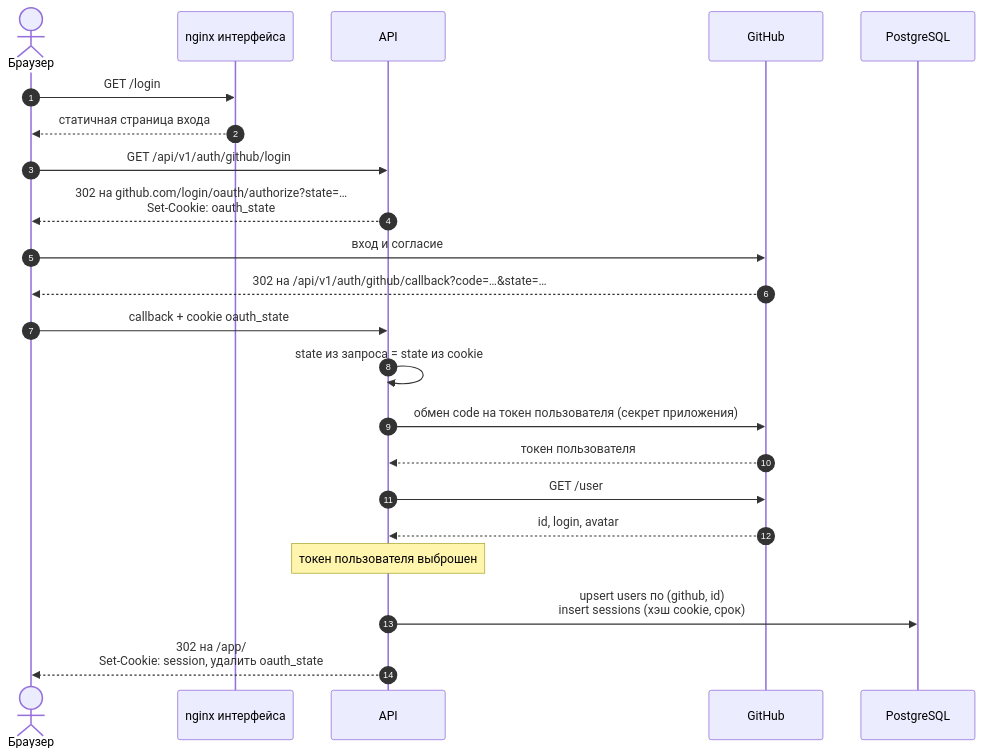
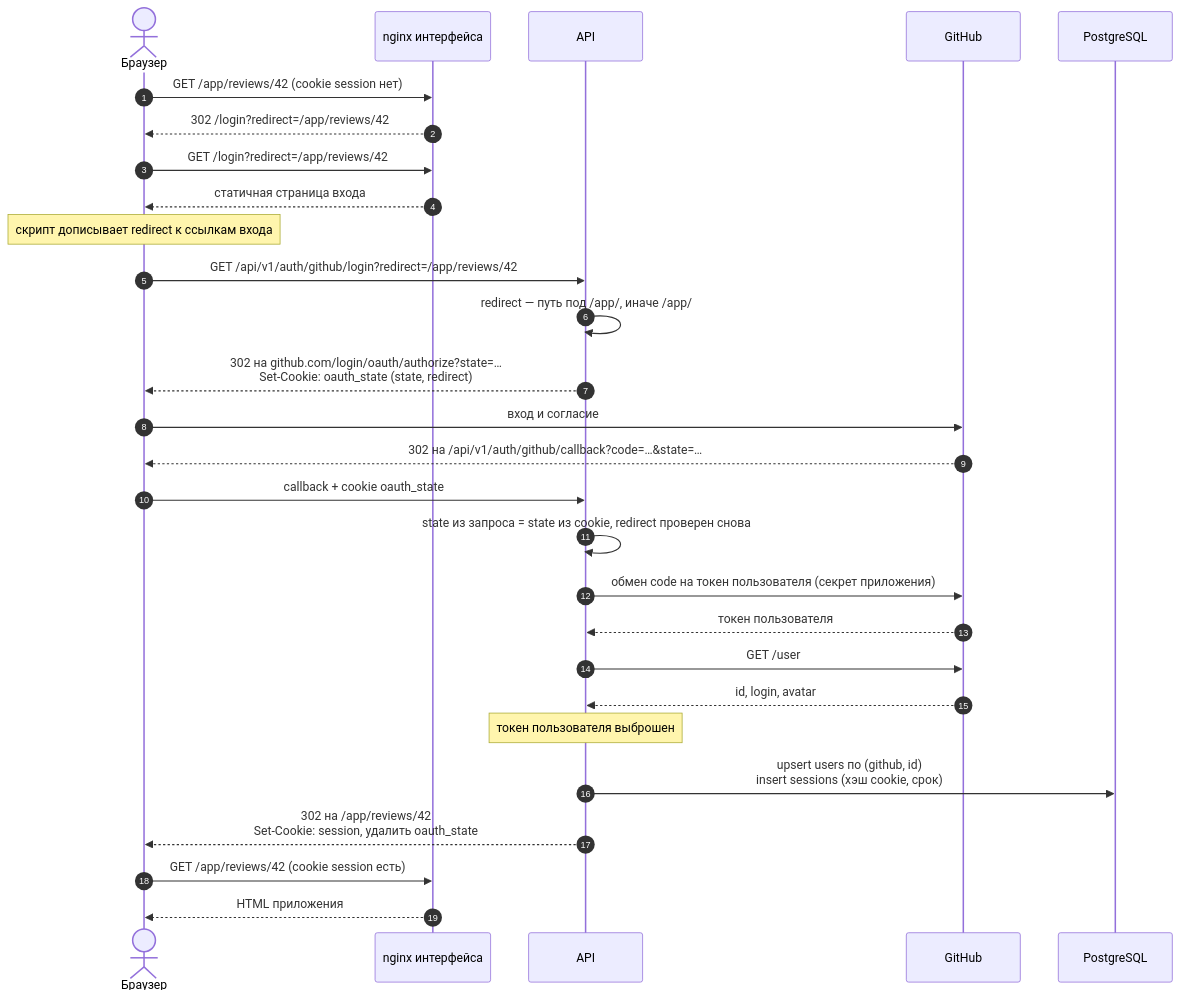
One commit to larchanka-training/dmc-268-api-t1 changed the first of 2 diagrams in openspec/changes/auth-session/design.md. Above: the diagram before and after it, drawn with Mermaid. The commit also changed other lines of this file and 2 other files, not shown here.

Commit message:
docs: auth-session — redirect после входа, логи, провайдеры, Secure по HTTP, недостающие документы и стенд в задачах

````diff
--- a/openspec/changes/auth-session/design.md
+++ b/openspec/changes/auth-session/design.md
@@ -63,25 +63,31 @@
 ```mermaid
 sequenceDiagram
     autonumber
     actor U as Браузер
     participant N as nginx интерфейса
     participant A as API
     participant G as GitHub
     participant DB as PostgreSQL
 
-    U->>N: GET /login
+    U->>N: GET /app/reviews/42 (cookie session нет)
+    N-->>U: 302 /login?redirect=/app/reviews/42
+    U->>N: GET /login?redirect=/app/reviews/42
     N-->>U: статичная страница входа
-    U->>A: GET /api/v1/auth/github/login
-    A-->>U: 302 на github.com/login/oauth/authorize?state=…<br/>Set-Cookie: oauth_state
+    Note over U: скрипт дописывает redirect к ссылкам входа
+    U->>A: GET /api/v1/auth/github/login?redirect=/app/reviews/42
+    A->>A: redirect — путь под /app/, иначе /app/
+    A-->>U: 302 на github.com/login/oauth/authorize?state=…<br/>Set-Cookie: oauth_state (state, redirect)
     U->>G: вход и согласие
     G-->>U: 302 на /api/v1/auth/github/callback?code=…&state=…
     U->>A: callback + cookie oauth_state
-    A->>A: state из запроса = state из cookie
+    A->>A: state из запроса = state из cookie, redirect проверен снова
     A->>G: обмен code на токен пользователя (секрет приложения)
     G-->>A: токен пользователя
     A->>G: GET /user
     G-->>A: id, login, avatar
     Note over A: токен пользователя выброшен
     A->>DB: upsert users по (github, id)<br/>insert sessions (хэш cookie, срок)
-    A-->>U: 302 на /app/<br/>Set-Cookie: session, удалить oauth_state
+    A-->>U: 302 на /app/reviews/42<br/>Set-Cookie: session, удалить oauth_state
+    U->>N: GET /app/reviews/42 (cookie session есть)
+    N-->>U: HTML приложения
 ```
````
